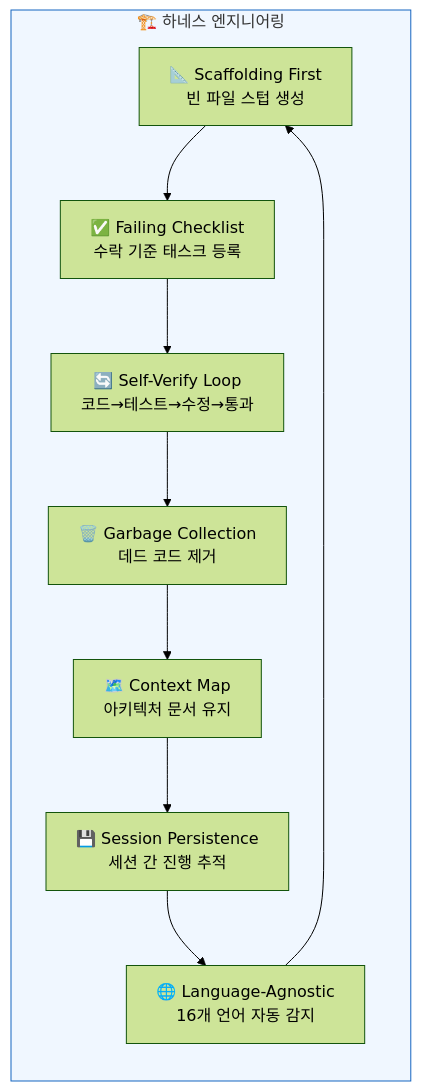
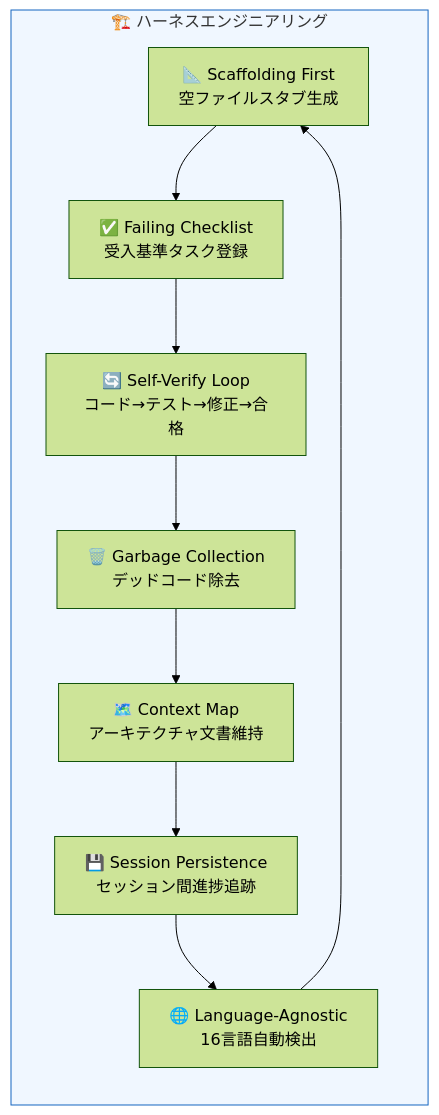
One commit to modu-ai/moai-adk changed the first of 2 diagrams in docs-site/content/ja/core-concepts/harness-engineering.md. Above: the diagram before and after it, drawn with Mermaid (forest theme). The commit also changed other lines of this file and 8 other files, not shown here.

````diff
--- a/docs-site/content/ja/core-concepts/harness-engineering.md
+++ b/docs-site/content/ja/core-concepts/harness-engineering.md
@@ -20,15 +20,15 @@
 ```mermaid
 graph TB
-    subgraph Harness["🏗️ 하네스 엔지니어링"]
+    subgraph Harness["🏗️ ハーネスエンジニアリング"]
         direction TB
-        SF["📐 Scaffolding First<br/>빈 파일 스텁 생성"] --> FC["✅ Failing Checklist<br/>수락 기준 태스크 등록"]
-        FC --> SV["🔄 Self-Verify Loop<br/>코드→테스트→수정→통과"]
-        SV --> GC["🗑️ Garbage Collection<br/>데드 코드 제거"]
-        GC --> CM["🗺️ Context Map<br/>아키텍처 문서 유지"]
-        CM --> SP["💾 Session Persistence<br/>세션 간 진행 추적"]
-        SP --> LA["🌐 Language-Agnostic<br/>16개 언어 자동 감지"]
+        SF["📐 Scaffolding First<br/>空ファイルスタブ生成"] --> FC["✅ Failing Checklist<br/>受入基準タスク登録"]
+        FC --> SV["🔄 Self-Verify Loop<br/>コード→テスト→修正→合格"]
+        SV --> GC["🗑️ Garbage Collection<br/>デッドコード除去"]
+        GC --> CM["🗺️ Context Map<br/>アーキテクチャ文書維持"]
+        CM --> SP["💾 Session Persistence<br/>セッション間進捗追跡"]
+        SP --> LA["🌐 Language-Agnostic<br/>16言語自動検出"]
         LA --> SF
     end
 
     style Harness fill:#f0f7ff,stroke:#1565C0
 ```
````
